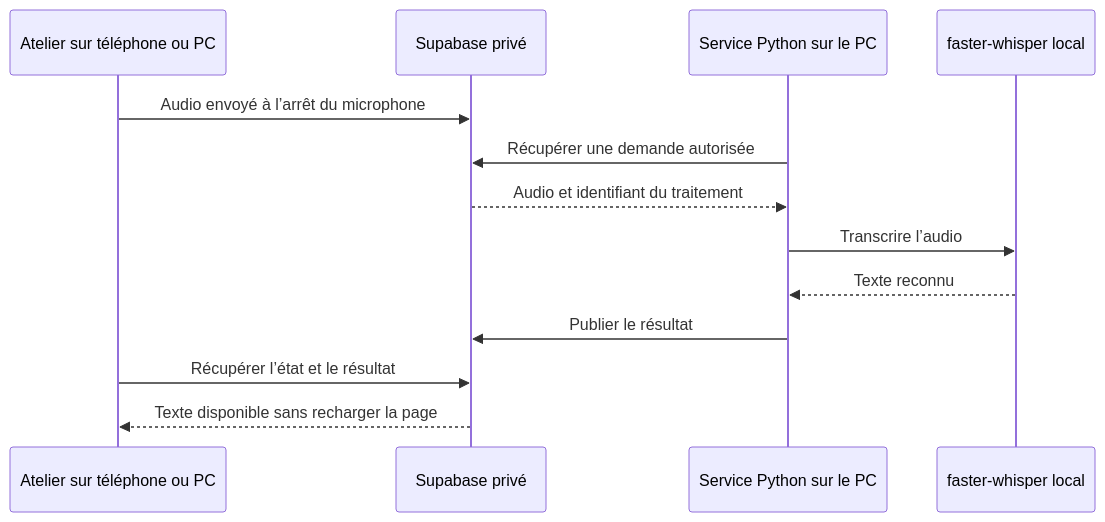
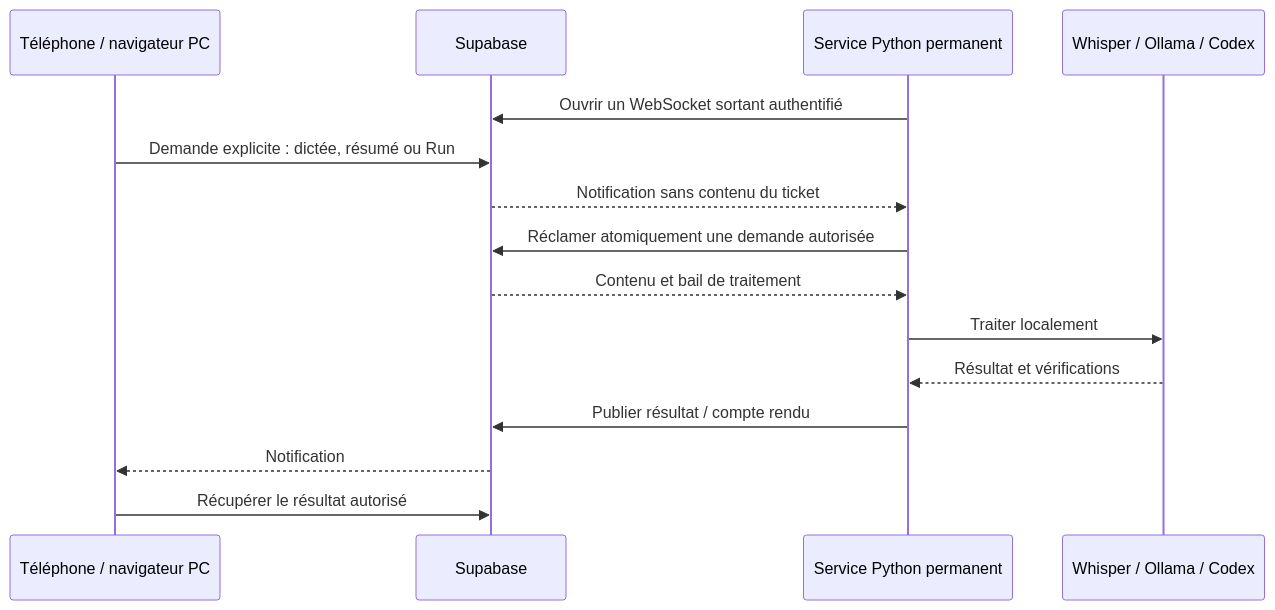
Before and after one commit to MaximeESIR/kanban: the diagram in docs/CONNEXION-PC.md, drawn with Mermaid. The commit also changed other lines of this file and 27 other files, not shown here.

````diff
--- a/docs/CONNEXION-PC.md
+++ b/docs/CONNEXION-PC.md
@@ -70,15 +139,17 @@
 ```mermaid
 sequenceDiagram
-  participant App as Atelier sur téléphone ou PC
-  participant DB as Supabase privé
-  participant PC as Service Python sur le PC
-  participant ASR as faster-whisper local
-  App->>DB: Audio envoyé à l’arrêt du microphone
-  PC->>DB: Récupérer une demande autorisée
-  DB-->>PC: Audio et identifiant du traitement
-  PC->>ASR: Transcrire l’audio
-  ASR-->>PC: Texte reconnu
-  PC->>DB: Publier le résultat
-  App->>DB: Récupérer l’état et le résultat
-  DB-->>App: Texte disponible sans recharger la page
+  participant App as Téléphone / navigateur PC
+  participant DB as Supabase
+  participant PC as Service Python permanent
+  participant Engine as Whisper / Ollama / Codex
+  PC->>DB: Ouvrir un WebSocket sortant authentifié
+  App->>DB: Demande explicite : dictée, résumé ou Run
+  DB-->>PC: Notification sans contenu du ticket
+  PC->>DB: Réclamer atomiquement une demande autorisée
+  DB-->>PC: Contenu et bail de traitement
+  PC->>Engine: Traiter localement
+  Engine-->>PC: Résultat et vérifications
+  PC->>DB: Publier résultat / compte rendu
+  DB-->>App: Notification
+  App->>DB: Récupérer le résultat autorisé
 ```
````
